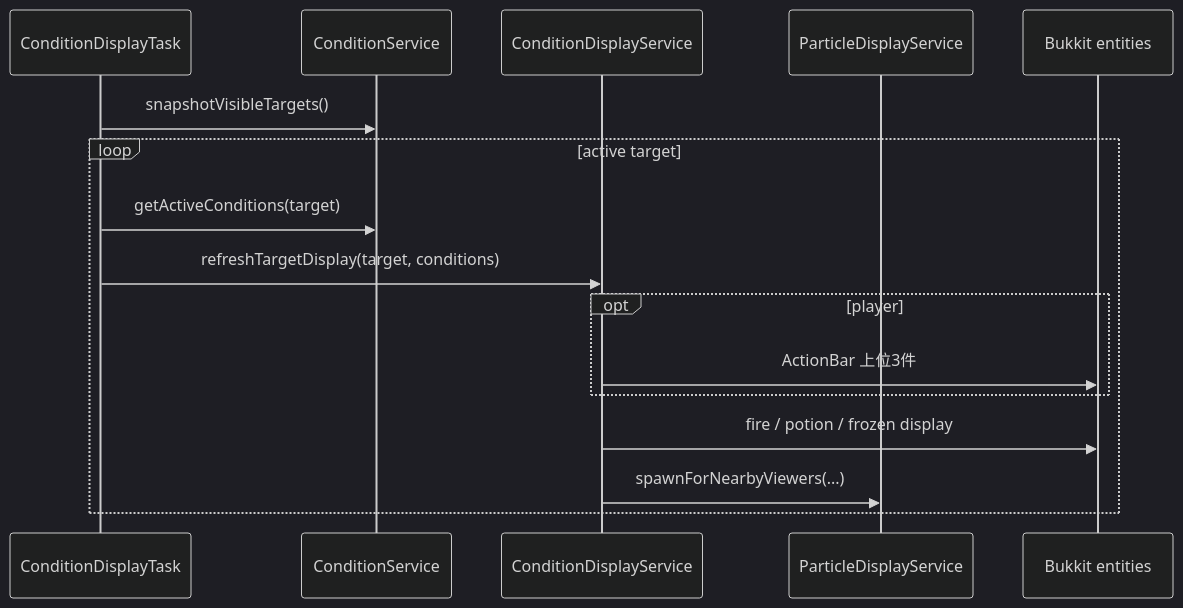
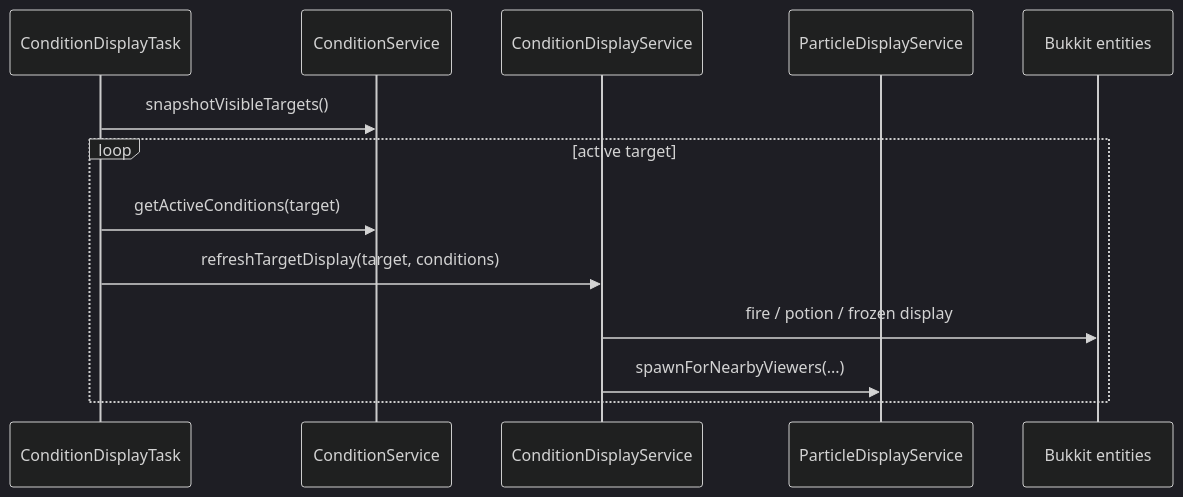
The fourth of 5 diagrams in 00_docs/10_Plugin設計書/feature/27-condition/27_4-統合フロー.md (maaasu/AstralRecord-Workspace), drawn with Mermaid (dark theme) before and after one commit. The commit also changed other lines of this file and 20 other files, not shown here.

````diff
--- a/00_docs/10_Plugin設計書/feature/27-condition/27_4-統合フロー.md
+++ b/00_docs/10_Plugin設計書/feature/27-condition/27_4-統合フロー.md
@@ -136,19 +136,16 @@
 ```mermaid
 sequenceDiagram
     participant Task as ConditionDisplayTask
     participant Condition as ConditionService
     participant Display as ConditionDisplayService
     participant Particle as ParticleDisplayService
     participant Bukkit as Bukkit entities
 
     Task->>Condition: snapshotVisibleTargets()
     loop active target
         Task->>Condition: getActiveConditions(target)
         Task->>Display: refreshTargetDisplay(target, conditions)
-        opt player
-            Display->>Bukkit: ActionBar 上位3件
-        end
         Display->>Bukkit: fire / potion / frozen display
         Display->>Particle: spawnForNearbyViewers(...)
     end
 ```
````
